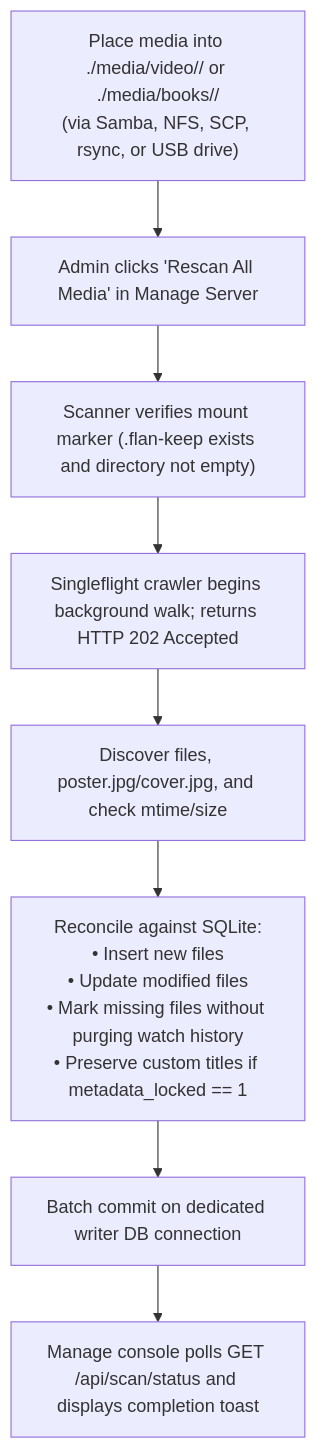
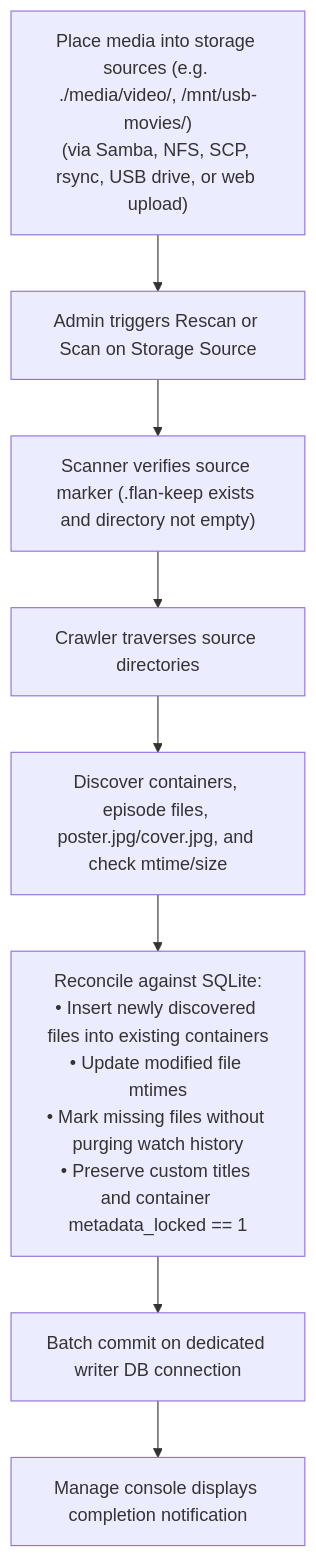
One commit to WesleyEsq/Flan-Media-Server changed the fourth of 5 diagrams in docs/diagrams/user-flows.md. Above: the diagram before and after it, drawn with Mermaid. The commit also changed other lines of this file and 26 other files, not shown here.

````diff
--- a/docs/diagrams/user-flows.md
+++ b/docs/diagrams/user-flows.md
@@ -107,10 +106,10 @@
 ```mermaid
 flowchart TD
-    A1["Place media into ./media/video/<Container>/ or ./media/books/<Container>/<br/>(via Samba, NFS, SCP, rsync, or USB drive)"] --> A2["Admin clicks 'Rescan All Media' in Manage Server"]
-    A2 --> A3["Scanner verifies mount marker (.flan-keep exists and directory not empty)"]
-    A3 --> A4["Singleflight crawler begins background walk; returns HTTP 202 Accepted"]
-    A4 --> A5["Discover files, poster.jpg/cover.jpg, and check mtime/size"]
-    A5 --> A6["Reconcile against SQLite:<br/>• Insert new files<br/>• Update modified files<br/>• Mark missing files without purging watch history<br/>• Preserve custom titles if metadata_locked == 1"]
+    A1["Place media into storage sources (e.g. ./media/video/, /mnt/usb-movies/)<br/>(via Samba, NFS, SCP, rsync, USB drive, or web upload)"] --> A2["Admin triggers Rescan or Scan on Storage Source"]
+    A2 --> A3["Scanner verifies source marker (.flan-keep exists and directory not empty)"]
+    A3 --> A4["Crawler traverses source directories"]
+    A4 --> A5["Discover containers, episode files, poster.jpg/cover.jpg, and check mtime/size"]
+    A5 --> A6["Reconcile against SQLite:<br/>• Insert newly discovered files into existing containers<br/>• Update modified file mtimes<br/>• Mark missing files without purging watch history<br/>• Preserve custom titles and container metadata_locked == 1"]
     A6 --> A7["Batch commit on dedicated writer DB connection"]
-    A7 --> A8["Manage console polls GET /api/scan/status and displays completion toast"]
+    A7 --> A8["Manage console displays completion notification"]
 ```
````
